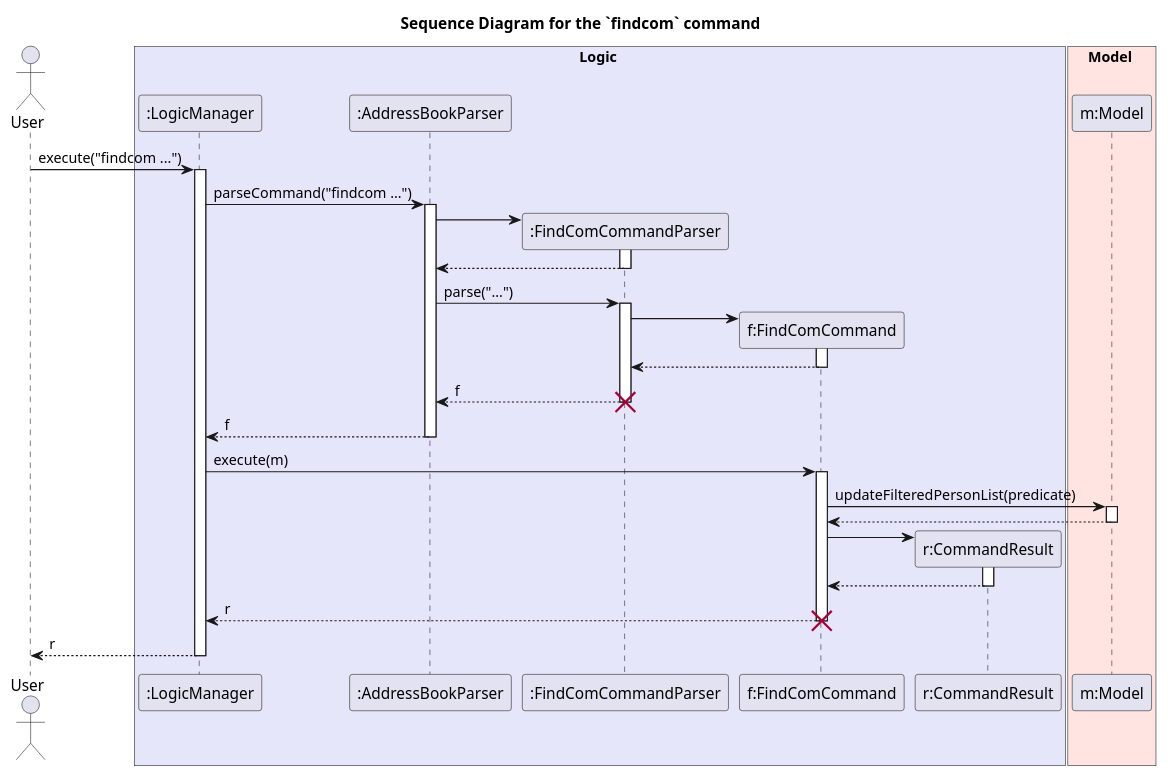
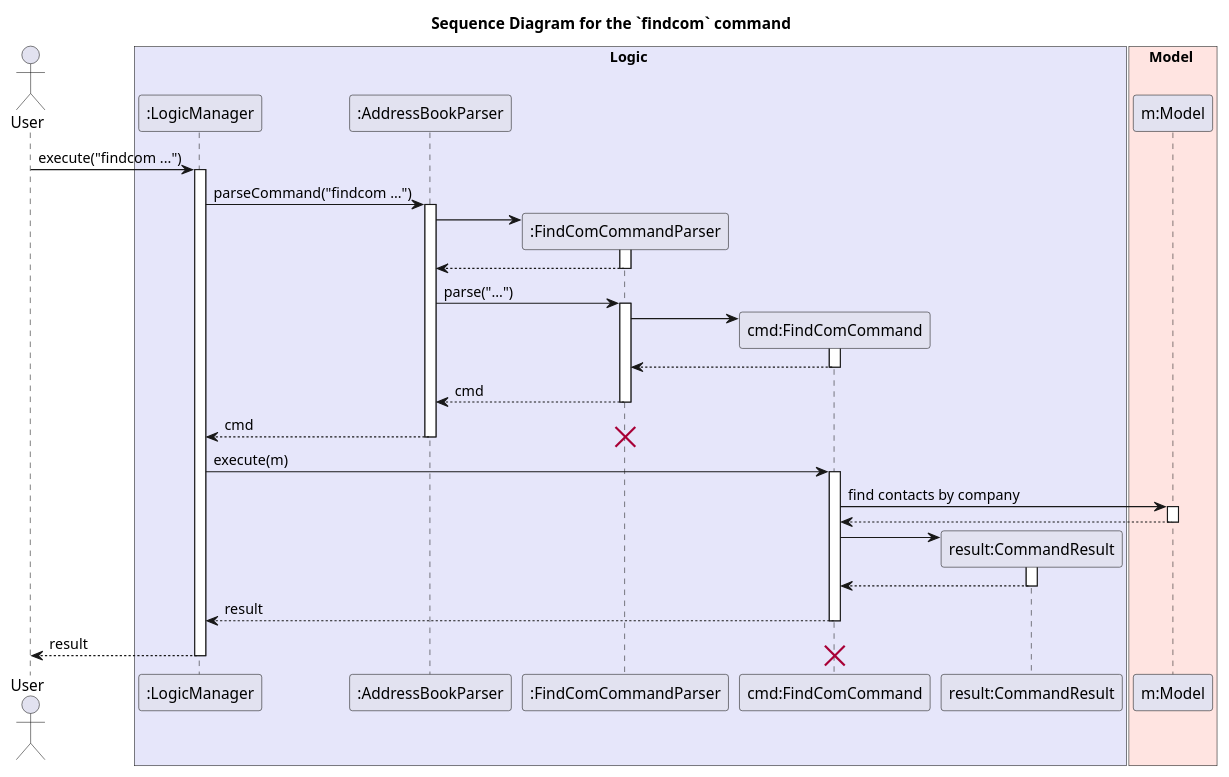
One commit to AY2526S2-CS2103-T11-1/tp changed the diagram in docs/diagrams/company/FindComSequenceDiagram.puml. Above: the diagram before and after it, drawn with PlantUML. The commit also changed 2 other files, not shown here.

```diff
--- a/docs/diagrams/company/FindComSequenceDiagram.puml
+++ b/docs/diagrams/company/FindComSequenceDiagram.puml
@@ -1,71 +1,69 @@
 @startuml
 title Sequence Diagram for the `findcom` command
 
 actor User
 
 box Logic #E6E6FA
 participant ":LogicManager" as Logic
 participant ":AddressBookParser" as ABParser
 participant ":FindComCommandParser" as Parser
-participant "f:FindComCommand" as Command
-participant "r:CommandResult" as Result
+participant "cmd:FindComCommand" as Command
+participant "result:CommandResult" as Result
 end box
 
 box Model #FFE4E1
 participant "m:Model" as Model
 end box
 
 User -> Logic : execute("findcom ...")
 activate Logic
 
 Logic -> ABParser : parseCommand("findcom ...")
 activate ABParser
 
 create Parser
 ABParser -> Parser
 activate Parser
 
 ABParser <-- Parser
 deactivate Parser
 
 ABParser -> Parser : parse("...")
 activate Parser
 
 create Command
 Parser -> Command
 activate Command
 
 Parser <-- Command
 deactivate Command
 
-ABParser <-- Parser : f
+ABParser <-- Parser : cmd
 deactivate Parser
 
+Logic <-- ABParser : cmd
 destroy Parser
-
-Logic <-- ABParser : f
 deactivate ABParser
 
 Logic -> Command : execute(m)
 activate Command
 
-Command -> Model : updateFilteredPersonList(predicate)
+Command -> Model : find contacts by company
 activate Model
 Model --> Command
 deactivate Model
 
 create Result
 Command -> Result
 activate Result
 Result --> Command
 deactivate Result
 
-Logic <-- Command : r
+Logic <-- Command : result
 deactivate Command
 
+User <-- Logic : result
 destroy Command
-
-User <-- Logic : r
 deactivate Logic
 
 @enduml
```
